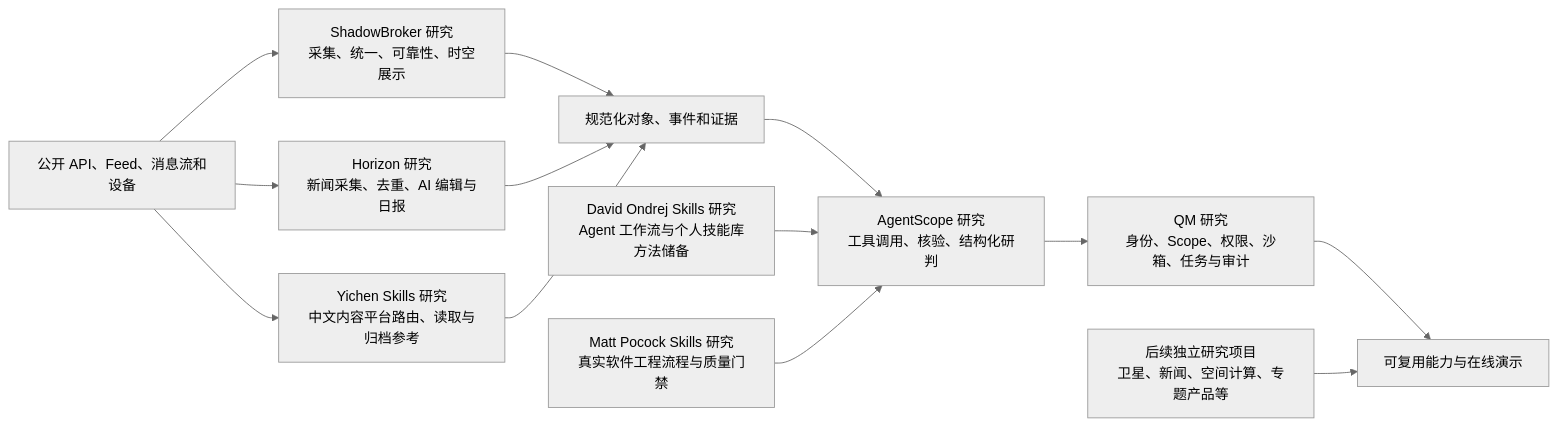
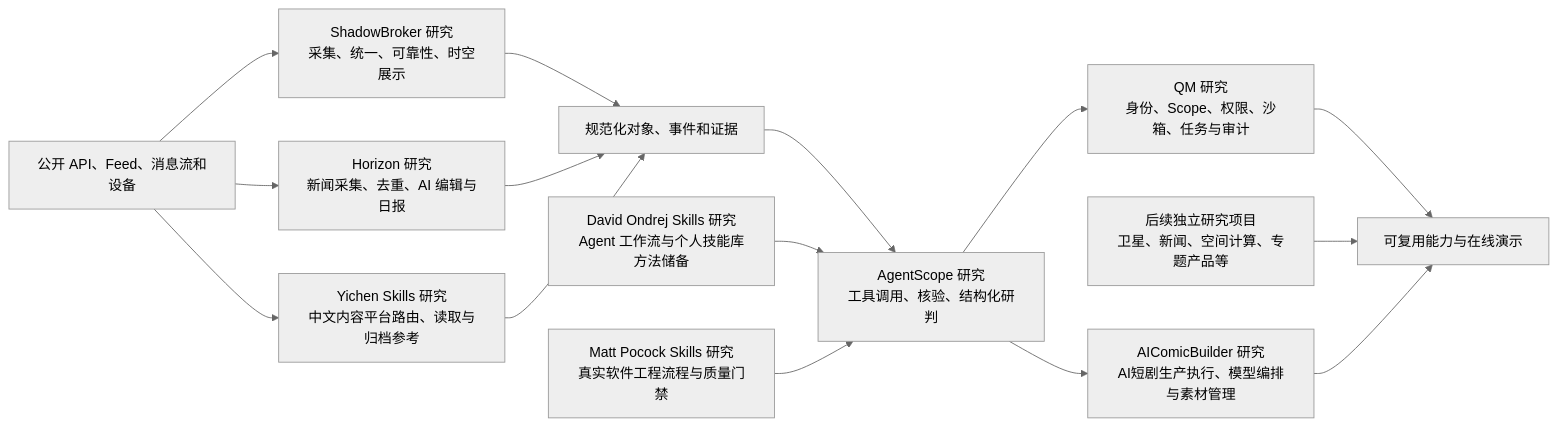
One commit to yydshly/0807_githubcode_study changed the diagram in README.md. Above: the diagram before and after it, drawn with Mermaid (neutral theme). The commit also changed other lines of this file, not shown here.

Commit message:
link AIComicBuilder from root README

````diff
--- a/README.md
+++ b/README.md
@@ -27,21 +28,23 @@
 ```mermaid
 flowchart LR
     A["公开 API、Feed、消息流和设备"]
     B["ShadowBroker 研究<br/>采集、统一、可靠性、时空展示"]
     H["Horizon 研究<br/>新闻采集、去重、AI 编辑与日报"]
     Y["Yichen Skills 研究<br/>中文内容平台路由、读取与归档参考"]
     S["David Ondrej Skills 研究<br/>Agent 工作流与个人技能库方法储备"]
     M["Matt Pocock Skills 研究<br/>真实软件工程流程与质量门禁"]
+    X["AIComicBuilder 研究<br/>AI短剧生产执行、模型编排与素材管理"]
     Q["QM 研究<br/>身份、Scope、权限、沙箱、任务与审计"]
     C["规范化对象、事件和证据"]
     D["AgentScope 研究<br/>工具调用、核验、结构化研判"]
     F["后续独立研究项目<br/>卫星、新闻、空间计算、专题产品等"]
     E["可复用能力与在线演示"]
     A --> B --> C --> D
     A --> H --> C
     A --> Y --> C
     S --> D
     M --> D
     D --> Q --> E
     F --> E
+    D --> X --> E
 ```
````
